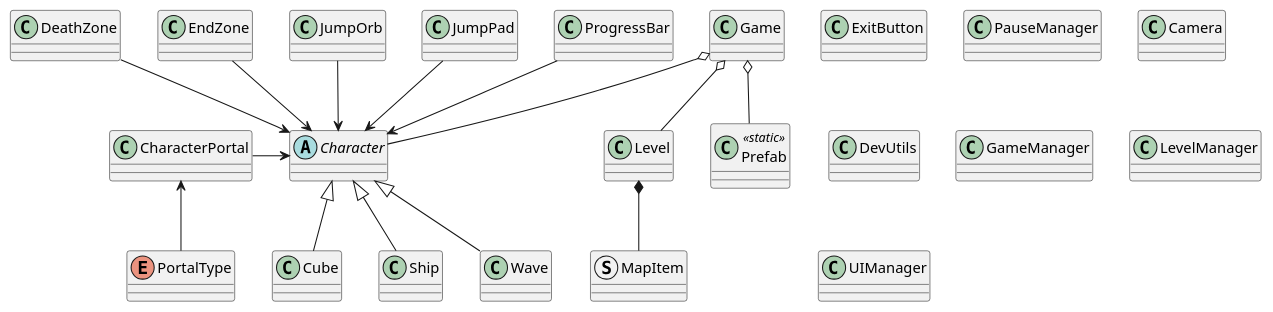
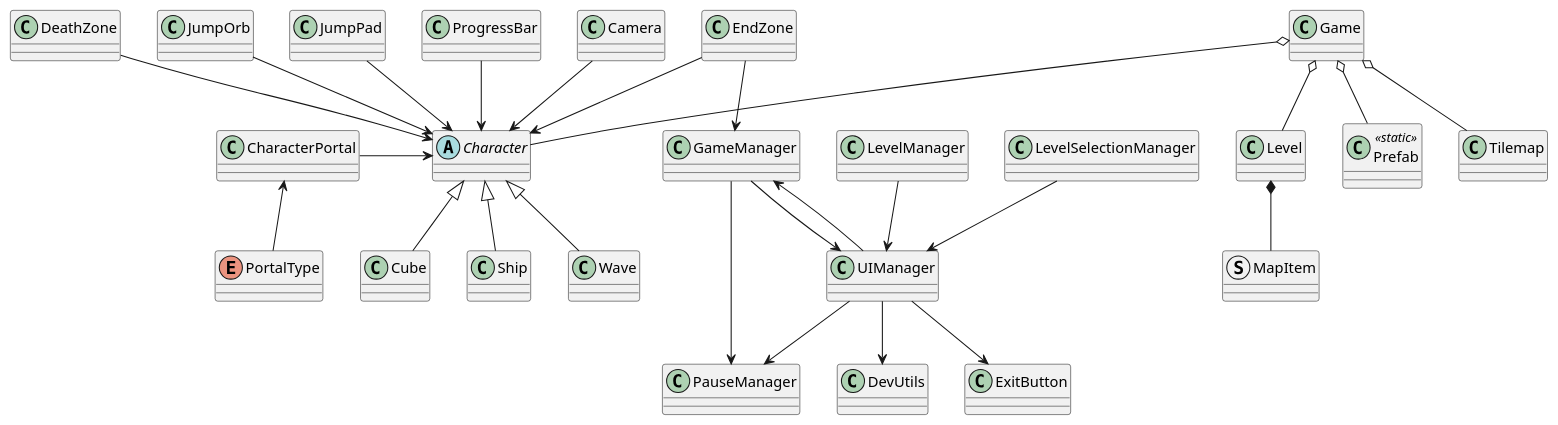
The diagram in Diagrams/ClassLite.puml (Christ0u/GeomeTry), drawn with PlantUML before and after one commit.

Commit message:
CHG : Mise à jour du diagramme

```diff
--- a/Diagrams/ClassLite.puml
+++ b/Diagrams/ClassLite.puml
@@ -1,70 +1,90 @@
 @startuml GeomeTry
 
 enum PortalType 
 
 class ExitButton
 
 abstract class Character
 
 class Cube
 
 class Ship
 
 class Wave
 
 class PauseManager
 
 class CharacterPortal
 
 class Camera
 
 class DeathZone
 
 class DevUtils
 
 class EndZone
 
 class Game
 
 class GameManager
 
 class JumpOrb
 
 class JumpPad
 
 class Level
 
 class LevelManager
 
 struct MapItem
 
 class Prefab <<static>>
 
 class ProgressBar
 
 class UIManager
 
 ' Héritage
 Cube -u-|> Character
 Ship -u-|> Character
 Wave -u-|> Character
 
 ' Composition
 Level *-- MapItem
 
 ' Aggregation
 Game o-- Level
 Game o-- Prefab
 Game o-- Character
+Game o-- Tilemap
 
 ' Associations simples
 PortalType -u-> CharacterPortal
 
 JumpOrb --> Character
 JumpPad --> Character
+
 DeathZone --> Character
+
 EndZone --> Character
+EndZone --> GameManager
+
+UIManager --> GameManager
+UIManager --> DevUtils
+UIManager --> PauseManager
+UIManager --> ExitButton
+
+GameManager --> PauseManager
+GameManager --> UIManager
+
+LevelManager --> UIManager
+
 CharacterPortal -r-> Character
+
 ProgressBar --> Character
 
+Camera --> Character
+
+LevelSelectionManager --> UIManager
+
 @enduml
```
